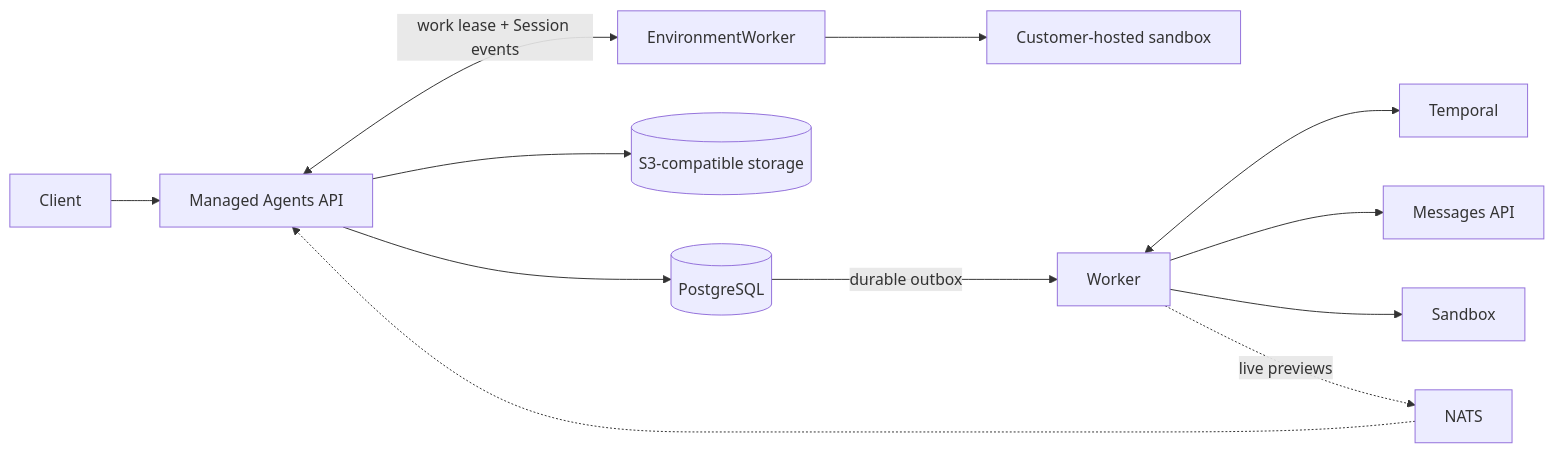
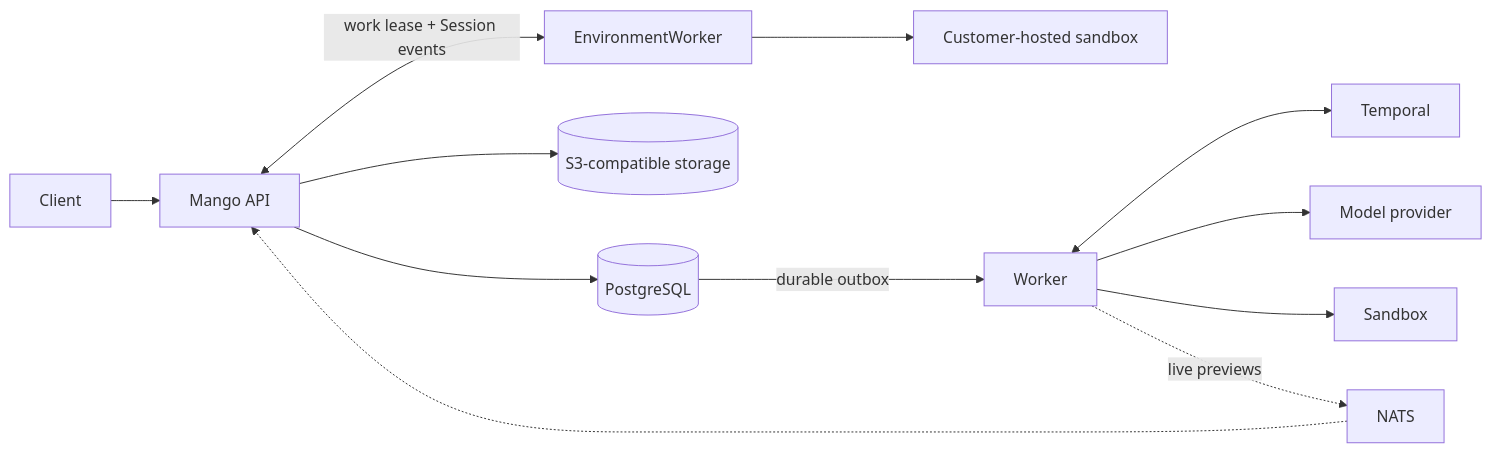
One commit to yanpgwang/managed-agent-go changed the diagram in README.md. Above: the diagram before and after it, drawn with Mermaid. The commit also changed other lines of this file and 31 other files, not shown here.

````diff
--- a/README.md
+++ b/README.md
@@ -113,14 +114,14 @@
 ```mermaid
 flowchart LR
-  Client --> API["Managed Agents API"]
+  Client --> API["Mango API"]
   API --> PG[("PostgreSQL")]
   API --> Objects[("S3-compatible storage")]
   API <-- "work lease + Session events" --> SelfHostedWorker["EnvironmentWorker"]
   SelfHostedWorker --> CustomerSandbox["Customer-hosted sandbox"]
   PG -- "durable outbox" --> Worker
   Worker <--> Temporal
-  Worker --> Model["Messages API"]
+  Worker --> Model["Model provider"]
   Worker --> Sandbox
   Worker -. "live previews" .-> NATS
   NATS -.-> API
 ```
````
